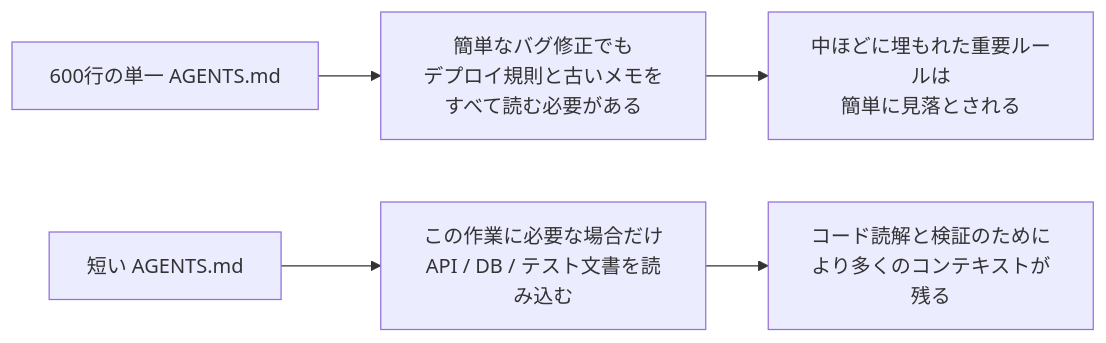
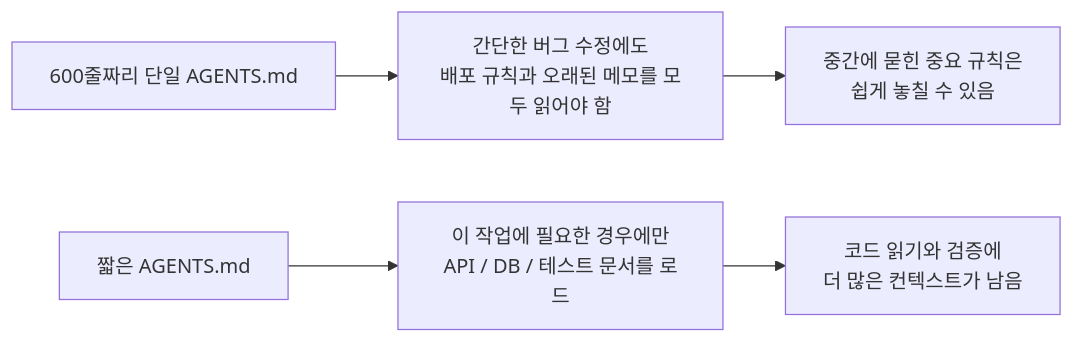
The first of 2 diagrams in docs/ko/lectures/lecture-04-why-one-giant-instruction-file-fails/index.md (mkusaka/learn-harness-engineering), drawn with Mermaid before and after one commit. The commit also changed other lines of this file and 684 other files, not shown here.

````diff
--- a/docs/ko/lectures/lecture-04-why-one-giant-instruction-file-fails/index.md
+++ b/docs/ko/lectures/lecture-04-why-one-giant-instruction-file-fails/index.md
@@ -39,8 +39,8 @@
 ```mermaid
 flowchart LR
-    Mono["600行の単一 AGENTS.md"] --> MonoLoad["簡単なバグ修正でも<br/>デプロイ規則と古いメモをすべて読む必要がある"]
-    MonoLoad --> MonoRisk["中ほどに埋もれた重要ルールは<br/>簡単に見落とされる"]
+    Mono["600줄짜리 단일 AGENTS.md"] --> MonoLoad["간단한 버그 수정에도<br/>배포 규칙과 오래된 메모를 모두 읽어야 함"]
+    MonoLoad --> MonoRisk["중간에 묻힌 중요 규칙은<br/>쉽게 놓칠 수 있음"]
 
-    Router["短い AGENTS.md"] --> Topics["この作業に必要な場合だけ<br/>API / DB / テスト文書を読み込む"]
-    Topics --> RoutedResult["コード読解と検証のために<br/>より多くのコンテキストが残る"]
+    Router["짧은 AGENTS.md"] --> Topics["이 작업에 필요한 경우에만<br/>API / DB / 테스트 문서를 로드"]
+    Topics --> RoutedResult["코드 읽기와 검증에<br/>더 많은 컨텍스트가 남음"]
 ```
````
